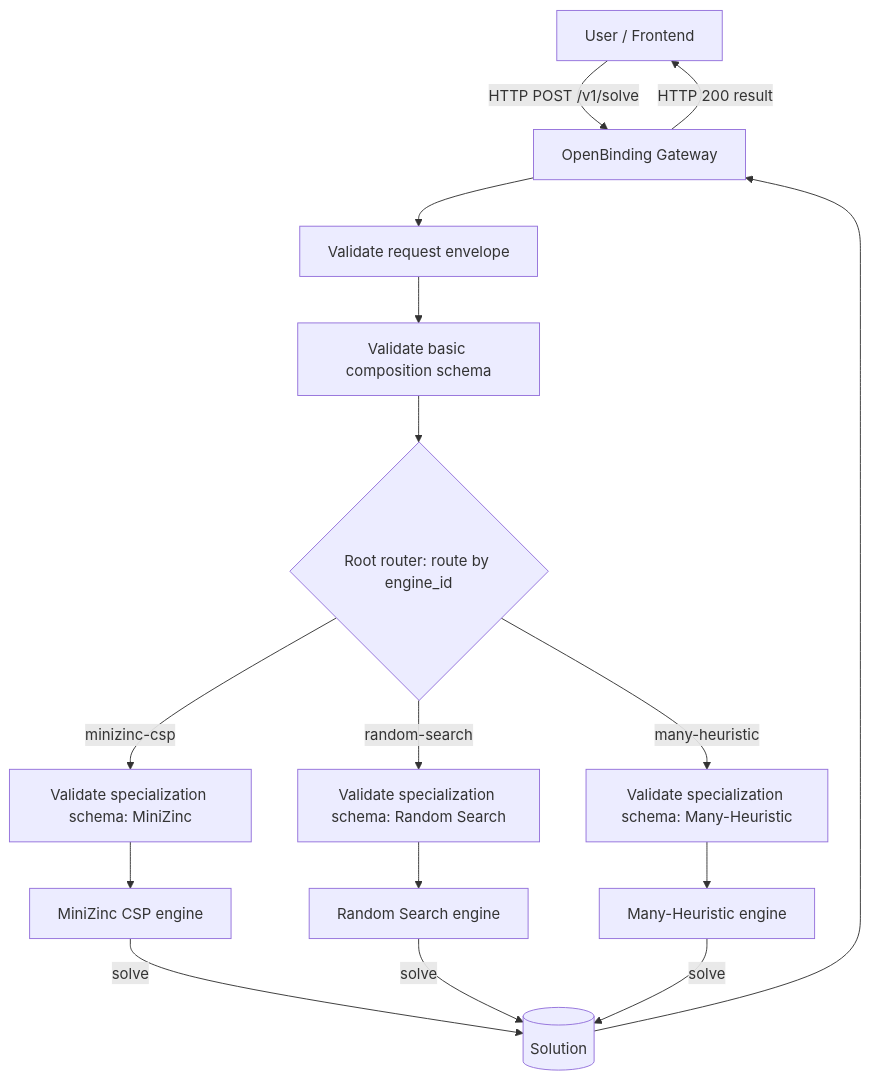
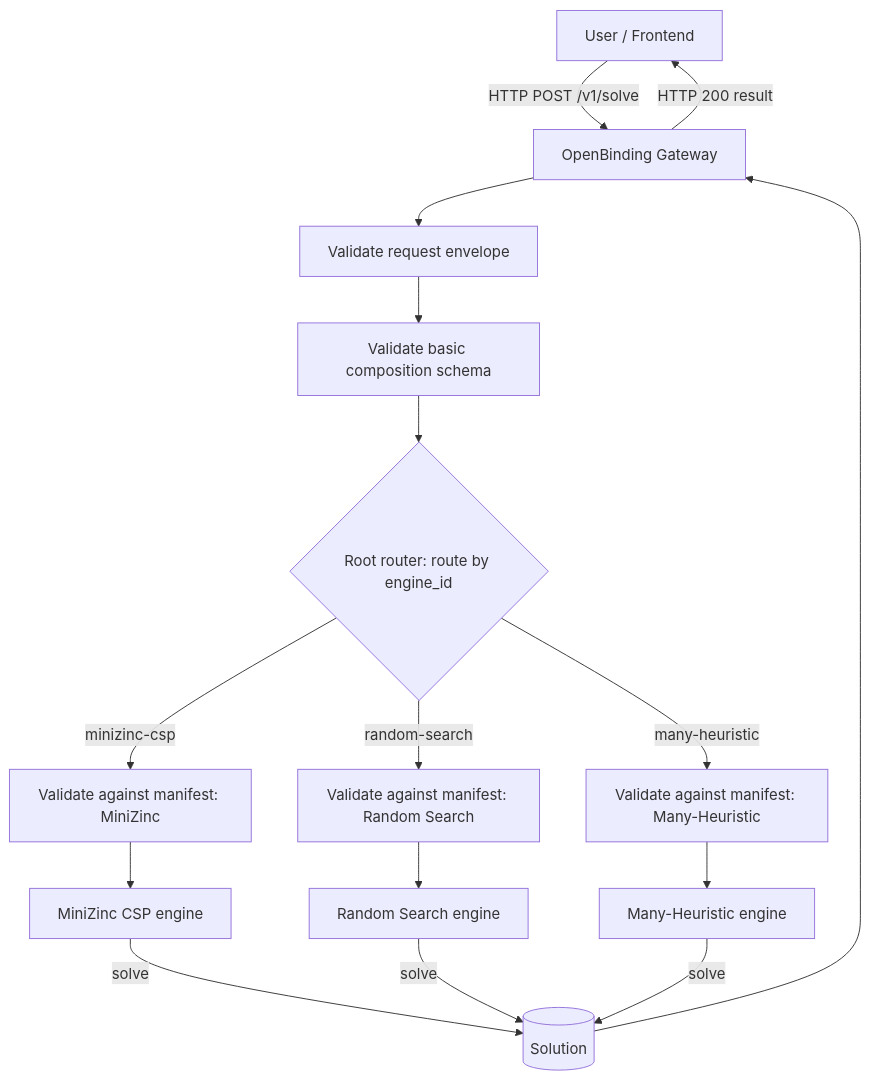
One commit to isa-group/OpenBinding changed the diagram in README.md. Above: the diagram before and after it, drawn with Mermaid. The commit also changed other lines of this file and 38 other files, not shown here.

````diff
--- a/README.md
+++ b/README.md
@@ -9,25 +9,25 @@
 ```mermaid
 flowchart TD
     U[User / Frontend]:::client
 
     U -->|HTTP POST /v1/solve| G[OpenBinding Gateway]:::gateway
 
     G --> V0[Validate request envelope]:::step
     V0 --> V1[Validate basic composition schema]:::schema
     V1 --> R{Root router: route by engine_id}:::router
 
-    R -->|minizinc-csp| SZ_MZ[Validate specialization schema: MiniZinc]:::schema
-    R -->|random-search| SZ_RS[Validate specialization schema: Random Search]:::schema
-    R -->|many-heuristic| SZ_MH[Validate specialization schema: Many-Heuristic]:::schema
+    R -->|minizinc-csp| SZ_MZ[Validate against manifest: MiniZinc]:::schema
+    R -->|random-search| SZ_RS[Validate against manifest: Random Search]:::schema
+    R -->|many-heuristic| SZ_MH[Validate against manifest: Many-Heuristic]:::schema
 
     SZ_MZ --> MZ[MiniZinc CSP engine]:::engine
     SZ_RS --> RS[Random Search engine]:::engine
     SZ_MH --> MH[Many-Heuristic engine]:::engine
 
     MZ -->|solve| SOL[(Solution)]:::solution
     RS -->|solve| SOL
     MH -->|solve| SOL
 
     SOL --> G
     G -->|HTTP 200 result| U
 ```
````
